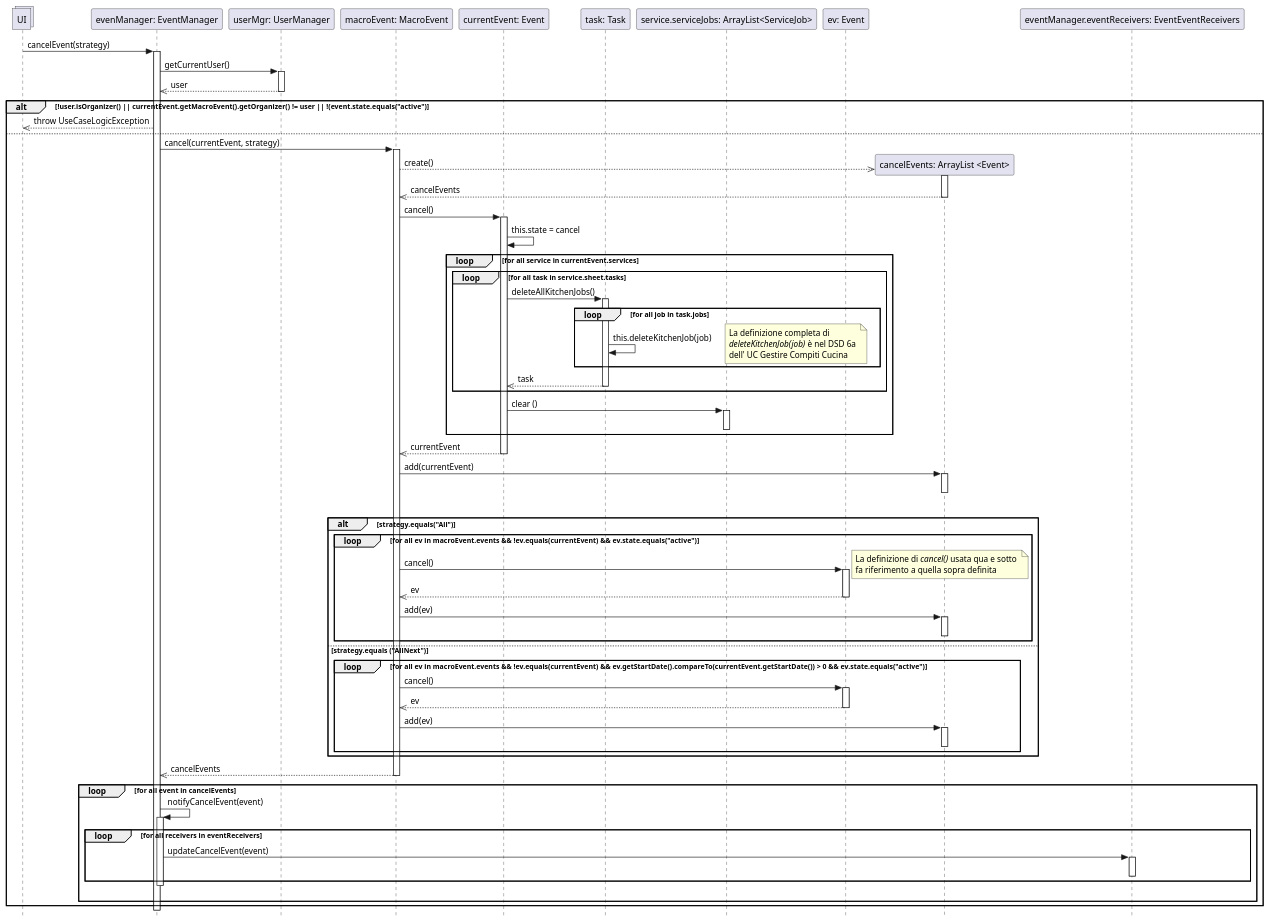
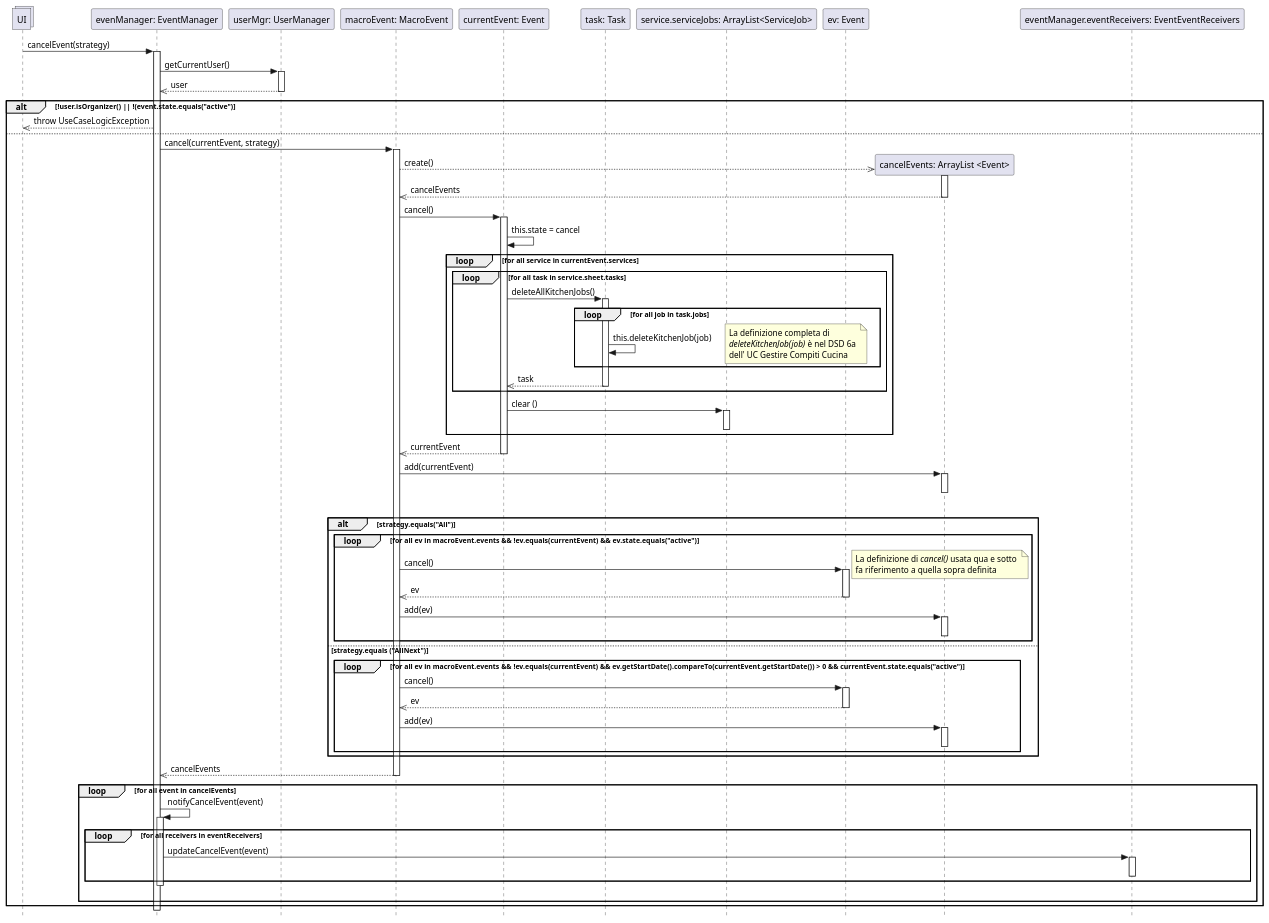
The diagram in UP/Progettazione/UC Gestire Eventi/DSD/DSD Operazione 1a.2.puml (stefa168/sas-project), drawn with PlantUML before and after one commit. The commit also changed 4 other files, not shown here.

```diff
--- a/UP/Progettazione/UC Gestire Eventi/DSD/DSD Operazione 1a.2.puml
+++ b/UP/Progettazione/UC Gestire Eventi/DSD/DSD Operazione 1a.2.puml
@@ -1,98 +1,98 @@
 @startuml
 skinparam Style strictuml
 
 collections UI
 participant "evenManager: EventManager" as em
 participant "userMgr: UserManager" as um
 participant "macroEvent: MacroEvent" as maev
 participant "currentEvent: Event" as event
 participant "task: Task" as task
 participant "service.serviceJobs: ArrayList<ServiceJob>" as sj
 participant "ev: Event" as ev
 participant "cancelEvents: ArrayList <Event>" as evcanc
 participant "eventManager.eventReceivers: EventEventReceivers" as eer
 
 UI -> em: cancelEvent(strategy)
 activate em
     em -> um: getCurrentUser()
     activate um
         em <<-- um: user
     deactivate um
 
-    alt !user.isOrganizer() || currentEvent.getMacroEvent().getOrganizer() != user || !(event.state.equals("active")
+    alt !user.isOrganizer() || !(event.state.equals("active")
         UI <<-- em: throw UseCaseLogicException
     else
 
         em -> maev: cancel(currentEvent, strategy)
         activate maev
             maev -->> evcanc**: create()
             activate evcanc
             maev <<-- evcanc: cancelEvents
             deactivate evcanc
 
             maev -> event: cancel()
             activate event
             event -> event: this.state = cancel
 
             loop for all service in currentEvent.services
                 loop for all task in service.sheet.tasks
                     event -> task: deleteAllKitchenJobs()
                     activate task
                     loop for all job in task.jobs
                         task -> task: this.deleteKitchenJob(job)
                         note right: La definizione completa di\n//deleteKitchenJob(job)// è nel DSD 6a \ndell' UC Gestire Compiti Cucina
                     end
                     event <<-- task: task
                     deactivate task
 
                 end
 
                 event -> sj: clear ()
                 activate sj
                 deactivate sj
             end
             maev <<-- event: currentEvent
             deactivate event
             maev -> evcanc: add(currentEvent)
             activate evcanc
             deactivate evcanc
             |||
             alt strategy.equals("All")
                 loop for all ev in macroEvent.events && !ev.equals(currentEvent) && ev.state.equals("active")
                     maev -> ev: cancel()
                     note right: La definizione di //cancel()// usata qua e sotto \nfa riferimento a quella sopra definita
                     activate ev
                     maev <<-- ev: ev
                     deactivate ev
                     maev -> evcanc: add(ev)
                     activate evcanc
                     deactivate evcanc
                 end
             else strategy.equals ("AllNext")
-                loop for all ev in macroEvent.events && !ev.equals(currentEvent) && ev.getStartDate().compareTo(currentEvent.getStartDate()) > 0 && ev.state.equals("active")
+                loop for all ev in macroEvent.events && !ev.equals(currentEvent) && ev.getStartDate().compareTo(currentEvent.getStartDate()) > 0 && currentEvent.state.equals("active")
                     maev -> ev: cancel()
                     activate ev
                     maev <<-- ev: ev
                     deactivate ev
                     maev -> evcanc: add(ev)
                     activate evcanc
                     deactivate evcanc
                 end
             end
         em <<-- maev: cancelEvents
         deactivate maev
         loop for all event in cancelEvents
             em -> em: notifyCancelEvent(event)
             activate em
             loop for all receivers in eventReceivers
                 em -> eer: updateCancelEvent(event)
                 activate eer
                 deactivate eer
             end
             deactivate em
         |||
         end
 
     end
 deactivate em
 @enduml
```
